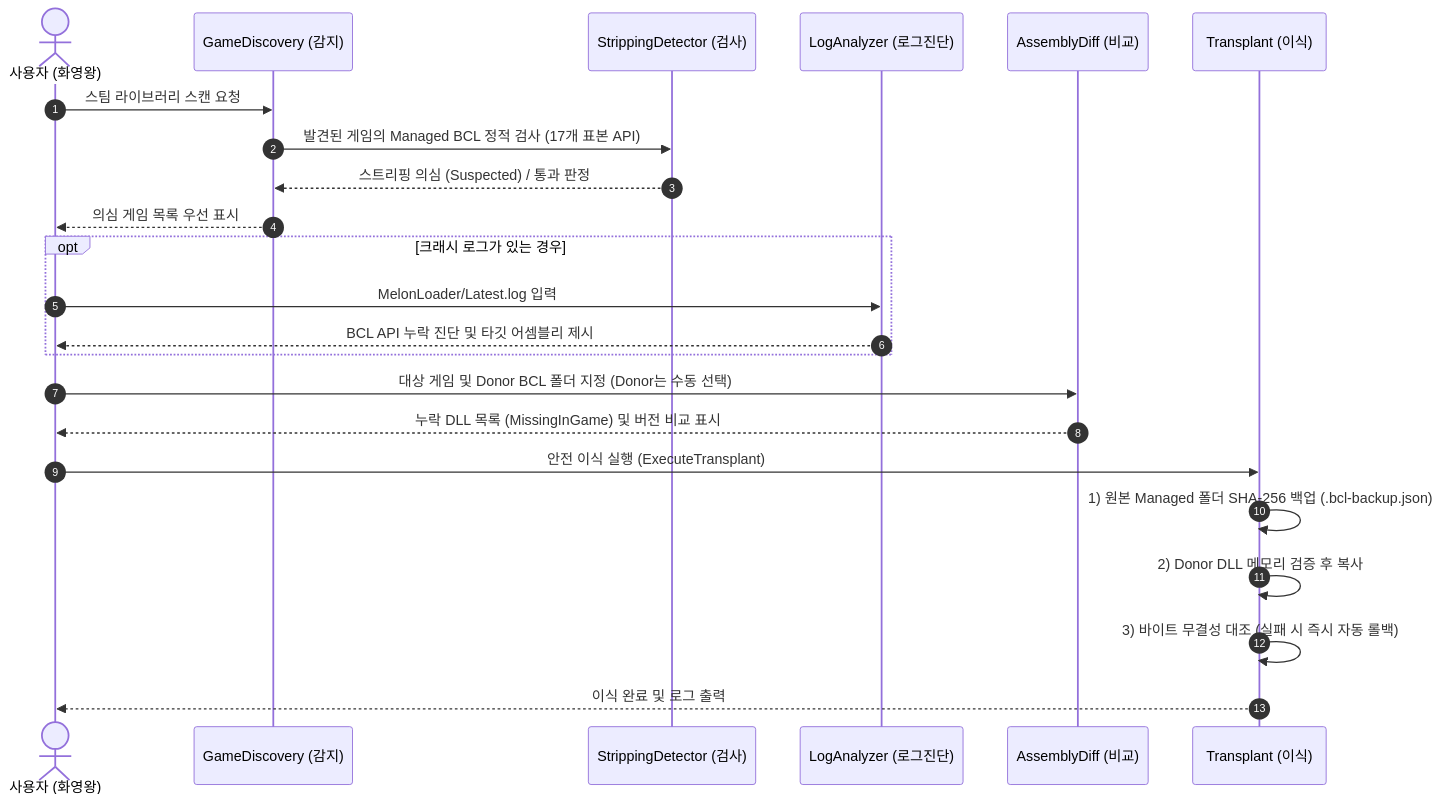
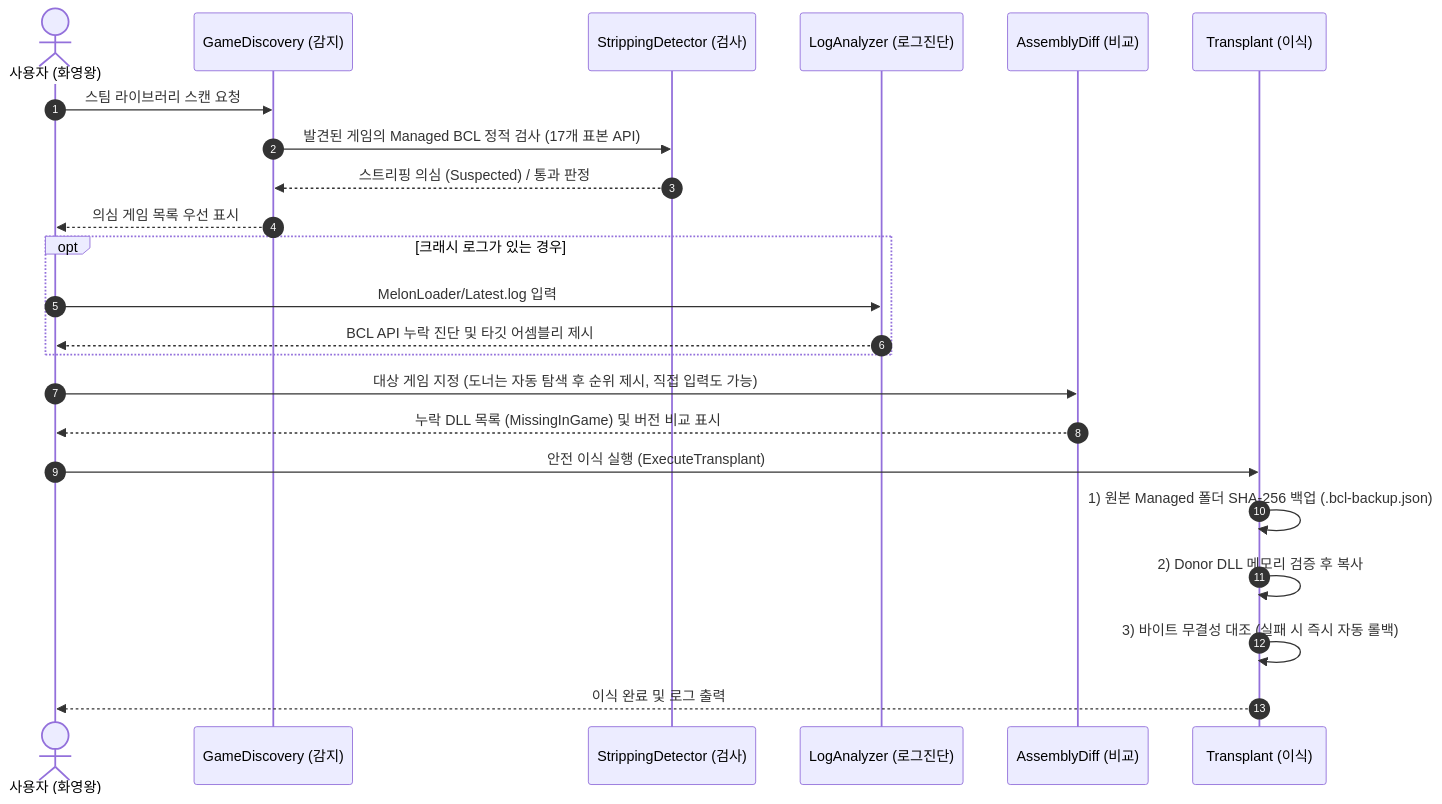
One commit to magjangin/bcl-tool-app changed the diagram in docs/01-tool-overview-and-architecture.md. Above: the diagram before and after it, drawn with Mermaid. The commit also changed other lines of this file and 14 other files, not shown here.

First line of the commit message:
feat: find the donor BCL automatically and preselect what to transplant

````diff
--- a/docs/01-tool-overview-and-architecture.md
+++ b/docs/01-tool-overview-and-architecture.md
@@ -64,29 +68,29 @@
 ```mermaid
 sequenceDiagram
     autonumber
     actor User as 사용자 (화영왕)
     participant GD as GameDiscovery (감지)
     participant Det as StrippingDetector (검사)
     participant Log as LogAnalyzer (로그진단)
     participant Diff as AssemblyDiff (비교)
     participant Trans as Transplant (이식)
 
     User->>GD: 스팀 라이브러리 스캔 요청
     GD->>Det: 발견된 게임의 Managed BCL 정적 검사 (17개 표본 API)
     Det-->>GD: 스트리핑 의심 (Suspected) / 통과 판정
     GD-->>User: 의심 게임 목록 우선 표시
 
     opt 크래시 로그가 있는 경우
         User->>Log: MelonLoader/Latest.log 입력
         Log-->>User: BCL API 누락 진단 및 타깃 어셈블리 제시
     end
 
-    User->>Diff: 대상 게임 및 Donor BCL 폴더 지정 (Donor는 수동 선택)
+    User->>Diff: 대상 게임 지정 (도너는 자동 탐색 후 순위 제시, 직접 입력도 가능)
     Diff-->>User: 누락 DLL 목록 (MissingInGame) 및 버전 비교 표시
     
     User->>Trans: 안전 이식 실행 (ExecuteTransplant)
     Trans->>Trans: 1) 원본 Managed 폴더 SHA-256 백업 (.bcl-backup.json)
     Trans->>Trans: 2) Donor DLL 메모리 검증 후 복사
     Trans->>Trans: 3) 바이트 무결성 대조 (실패 시 즉시 자동 롤백)
     Trans-->>User: 이식 완료 및 로그 출력
 ```
````
